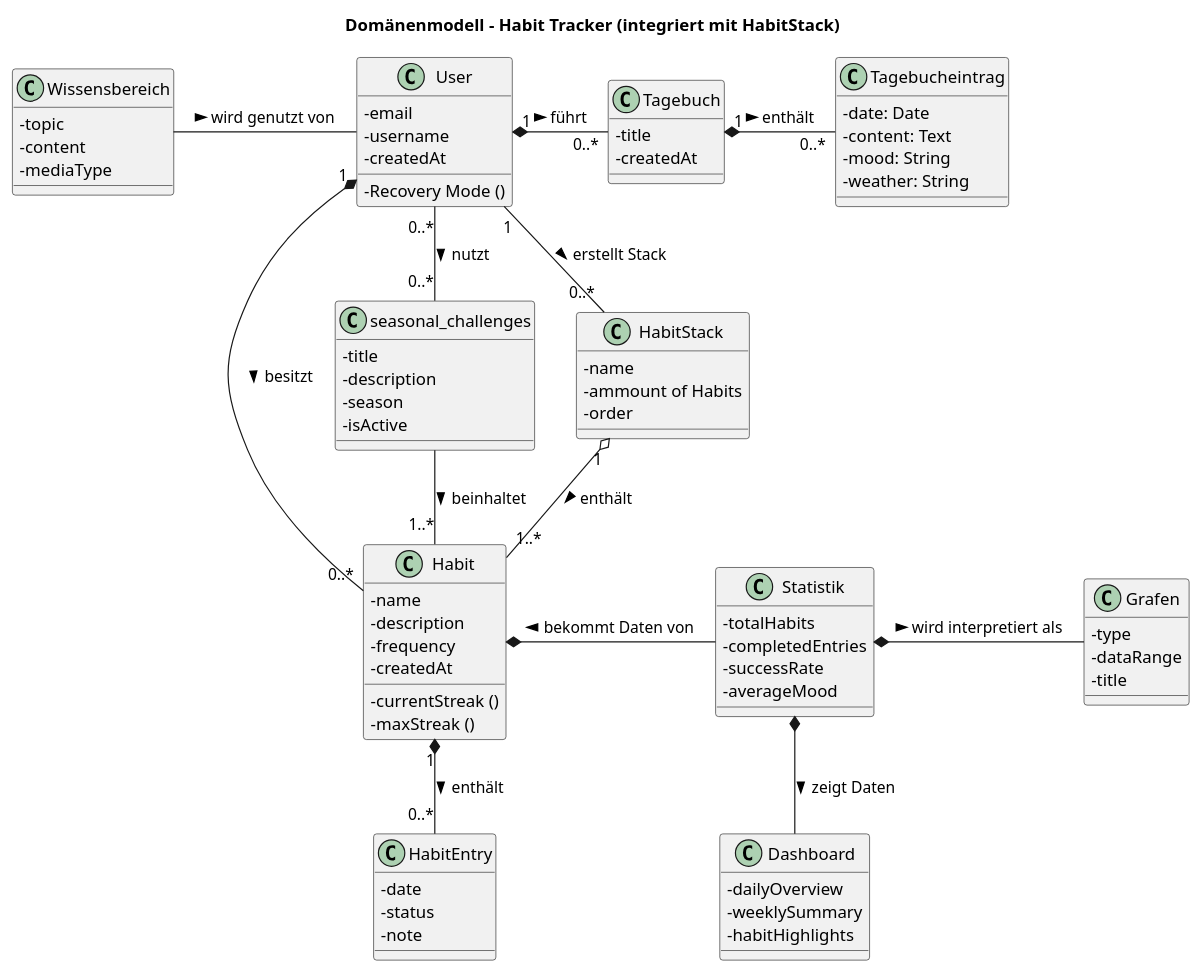
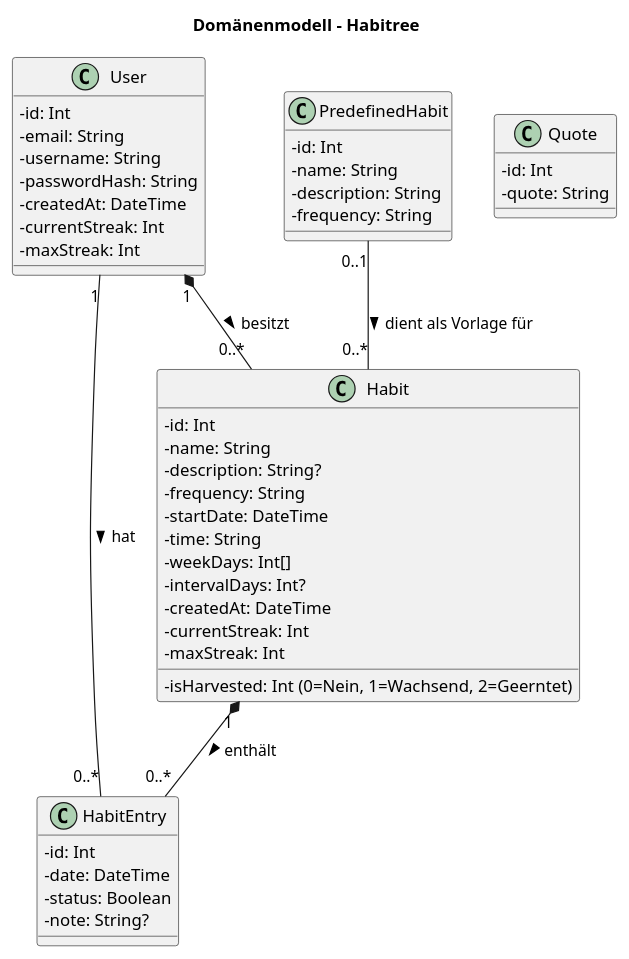
Before and after one commit to laurenzzzzzz/htwd-se1-habitree: the diagram in docs/requirements/plantuml/Domänenmodell.plantuml, drawn with PlantUML. The commit also changed 2 other files, not shown here.

Commit message:
Update Domänenmodell.plantuml Aktualisierung damit es Codebasis entspricht

```diff
--- a/docs/requirements/plantuml/Domänenmodell.plantuml
+++ b/docs/requirements/plantuml/Domänenmodell.plantuml
@@ -1,103 +1,64 @@
 @startuml
-title Domänenmodell – Habit Tracker (integriert mit HabitStack)
+title Domänenmodell – Habitree
 
 skinparam classAttributeIconSize 0
 
 '=======================
 ' Hauptklassen (Kernmodell)
 '=======================
 
 class User {
-  - email
-  - username
-  - createdAt
-  - Recovery Mode ()
+  - id: Int
+  - email: String
+  - username: String
+  - passwordHash: String
+  - createdAt: DateTime
+  - currentStreak: Int
+  - maxStreak: Int
 }
 
 class Habit {
-  - name
-  - description
-  - frequency
-  - createdAt
-  - currentStreak ()
-  - maxStreak ()
+  - id: Int
+  - name: String
+  - description: String?
+  - frequency: String
+  - startDate: DateTime
+  - time: String
+  - weekDays: Int[]
+  - intervalDays: Int?
+  - createdAt: DateTime
+  - currentStreak: Int
+  - maxStreak: Int
+  - isHarvested: Int (0=Nein, 1=Wachsend, 2=Geerntet)
 }
 
 class HabitEntry {
-  - date
-  - status
-  - note
-}
-class Tagebucheintrag {
-  - date: Date
-  - content: Text
-  - mood: String
-  - weather: String
+  - id: Int
+  - date: DateTime
+  - status: Boolean
+  - note: String?
 }
 
-class Tagebuch {
-  - title
-  - createdAt
-}
-class seasonal_challenges {
-  - title
-  - description
-  - season
-  - isActive
-}
-class Statistik {
-  - totalHabits
-  - completedEntries
-  - successRate
-  - averageMood
+class PredefinedHabit {
+  - id: Int
+  - name: String
+  - description: String
+  - frequency: String
 }
 
-class Dashboard {
-  - dailyOverview
-  - weeklySummary
-  - habitHighlights
+class Quote {
+  - id: Int
+  - quote: String
 }
-class Grafen {
-  - type
-  - dataRange
-  - title
-}
-class Wissensbereich {
-  - topic
-  - content
-  - mediaType
-}
-class HabitStack {
-  - name
-  - ammount of Habits
-  - order
-}
-
 
 '=======================
 ' Beziehungen
 '=======================
-Wissensbereich - User : wird genutzt von >
-Tagebuch "1" *- "0..*" Tagebucheintrag : enthält >
-
 
 User "1" *-- "0..*" Habit : besitzt >
-User "1" -- "0..*"HabitStack : erstellt Stack >
-User "0..*"-- "0..*"seasonal_challenges : nutzt >
-User "1" *- "0..*" Tagebuch : führt >
+User "1" -- "0..*" HabitEntry : hat >
 
-HabitStack "1" o-- "1..*" Habit : enthält >
-seasonal_challenges -- "1..*" Habit : beinhaltet >
-
-
+PredefinedHabit "0..1" -- "0..*" Habit : dient als Vorlage für >
 Habit "1" *-- "0..*" HabitEntry : enthält >
-Habit *- Statistik : bekommt Daten von <
-
-
-Statistik *-- Dashboard : zeigt Daten >
-Statistik *- Grafen : wird interpretiert als >
-
-
-
 
 @enduml
```
